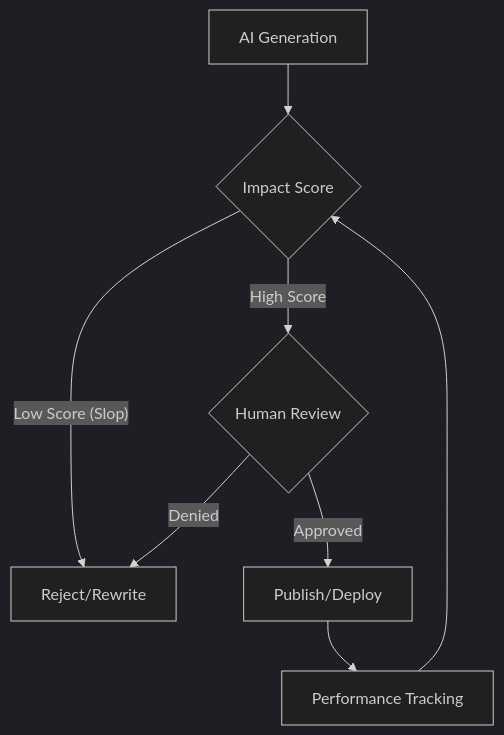
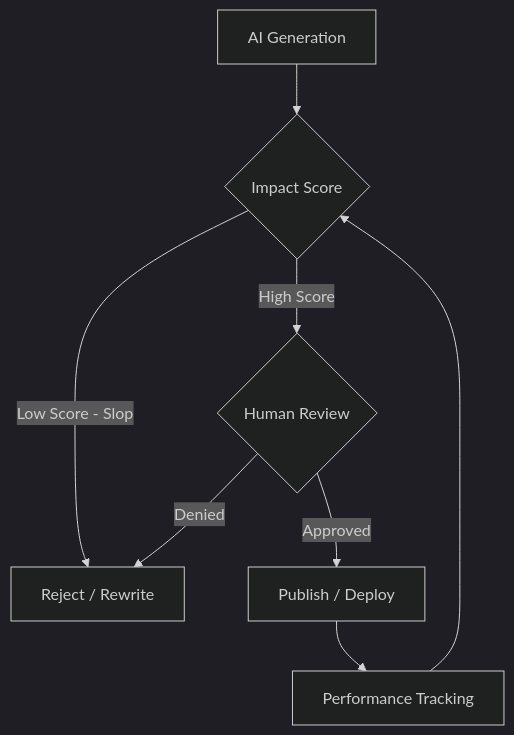
Before and after one commit to victorstack-ai/agent-blog: the diagram in blog/2026-02-07-1831-devlog.md, drawn with Mermaid (dark theme). The commit also changed other lines of this file and 7 other files, not shown here.

````diff
--- a/blog/2026-02-07-1831-devlog.md
+++ b/blog/2026-02-07-1831-devlog.md
@@ -24,10 +39,10 @@
 ```mermaid
-graph TD;
-  A[AI Generation] --> B{Impact Score};
-  B -- Low Score (Slop) --> C[Reject/Rewrite];
-  B -- High Score --> D{Human Review};
-  D -- Approved --> E[Publish/Deploy];
-  D -- Denied --> C;
-  E --> F[Performance Tracking];
-  F --> B;
+flowchart TD
+  A[AI Generation] --> B{Impact Score}
+  B -->|Low Score - Slop| C[Reject / Rewrite]
+  B -->|High Score| D{Human Review}
+  D -->|Approved| E[Publish / Deploy]
+  D -->|Denied| C
+  E --> F[Performance Tracking]
+  F --> B
 ```
````
